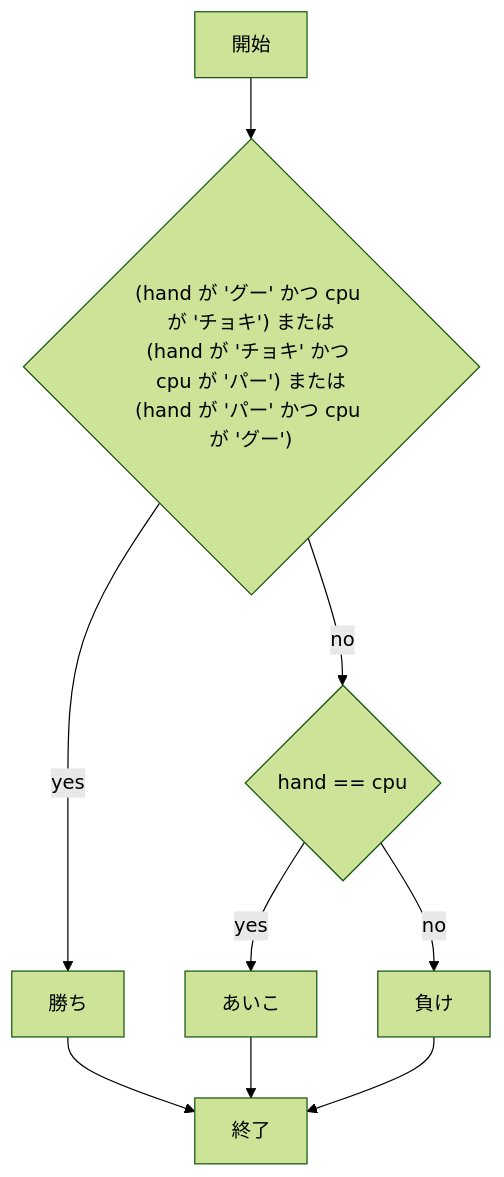
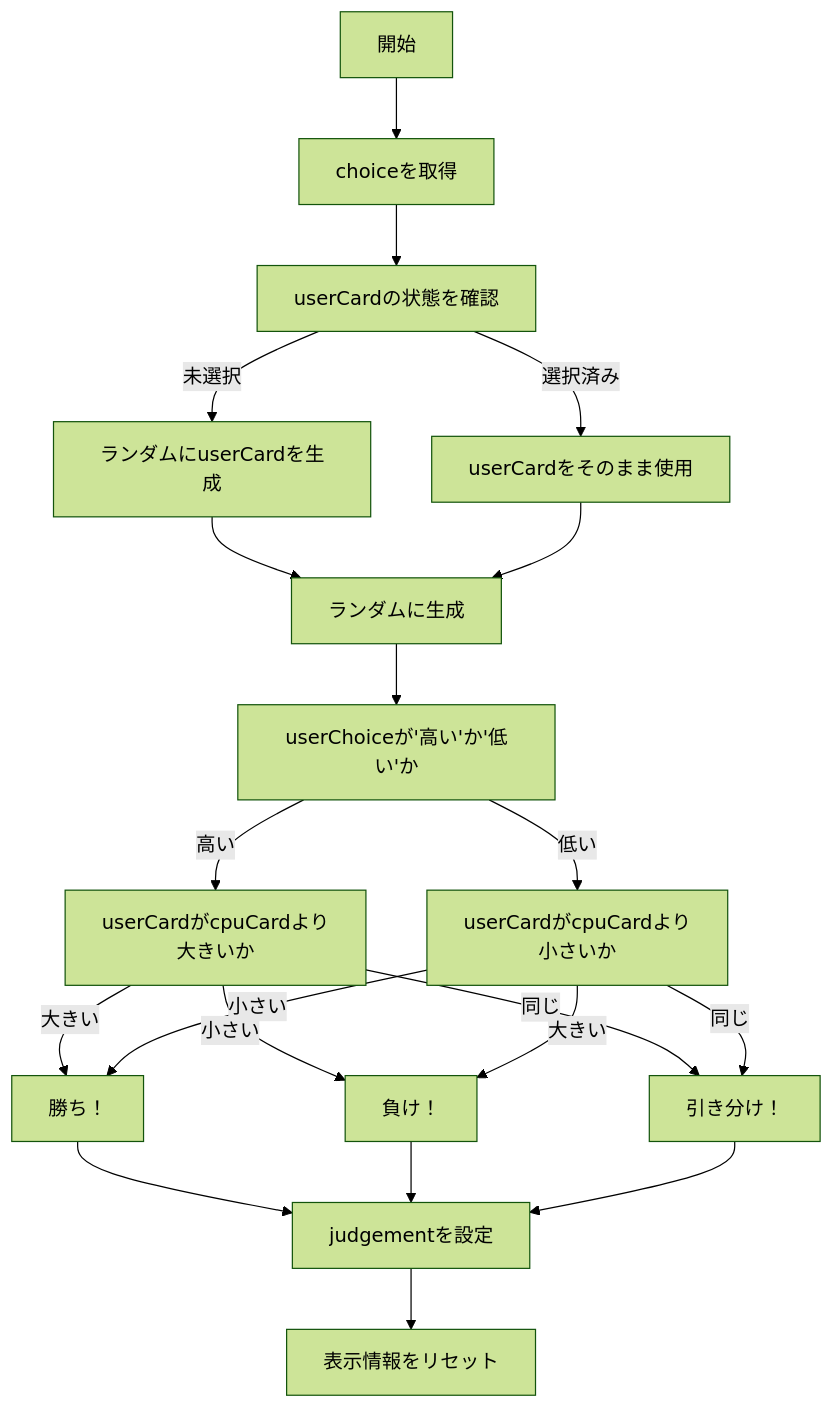
The second of 3 diagrams in README.md (yasuo-kouki/webpro), drawn with Mermaid (forest theme) before and after one commit. The commit also changed other lines of this file and 4 other files, not shown here.

````diff
--- a/README.md
+++ b/README.md
@@ -43,19 +108,26 @@
 ```mermaid
-graph TD
-  start["開始"]
-  end1["終了"]
-  if{"(hand が 'グー' かつ cpu が 'チョキ') または<br>(hand が 'チョキ' かつ cpu が 'パー') または<br>(hand が 'パー' かつ cpu が 'グー')"}
-  win["勝ち"]
-  loose["負け"]
-  tie["あいこ"]
+flowchart TD;
+  start["開始"] --> getChoice["choiceを取得"]
+  getChoice --> checkUserCard["userCardの状態を確認"]
+  checkUserCard -->|未選択| randomCard["ランダムにuserCardを生成"]
+  checkUserCard -->|選択済み| getUserCard["userCardをそのまま使用"]
+  randomCard --> cpuCard["ランダムに生成"]
+  getUserCard --> cpuCard
+  cpuCard --> checkChoice["userChoiceが'高い'か'低い'か"]
+  checkChoice -->|高い| checkHi["userCardがcpuCardより
+  大きいか"]
+  checkChoice -->|低い| checkLo["userCardがcpuCardより
+  小さいか"]
+  checkHi -->|大きい| win["勝ち！"]
+  checkHi -->|小さい| loose["負け！"]
+  checkHi -->|同じ| draw["引き分け！"]
+  checkLo -->|小さい| win
+  checkLo -->|大きい| loose
+  checkLo -->|同じ| draw
+  win --> setJudgement["judgementを設定"]
+  loose --> setJudgement
+  draw --> setJudgement
+  setJudgement --> setDisplay["表示情報をリセット"]
 
-  start --> if
-  if -->|yes| win
-  win --> end1
-  if -->|no| if_tie{"hand == cpu"}
-  if_tie -->|yes| tie
-  tie --> end1
-  if_tie -->|no| loose
-  loose --> end1
 
 ```
````
